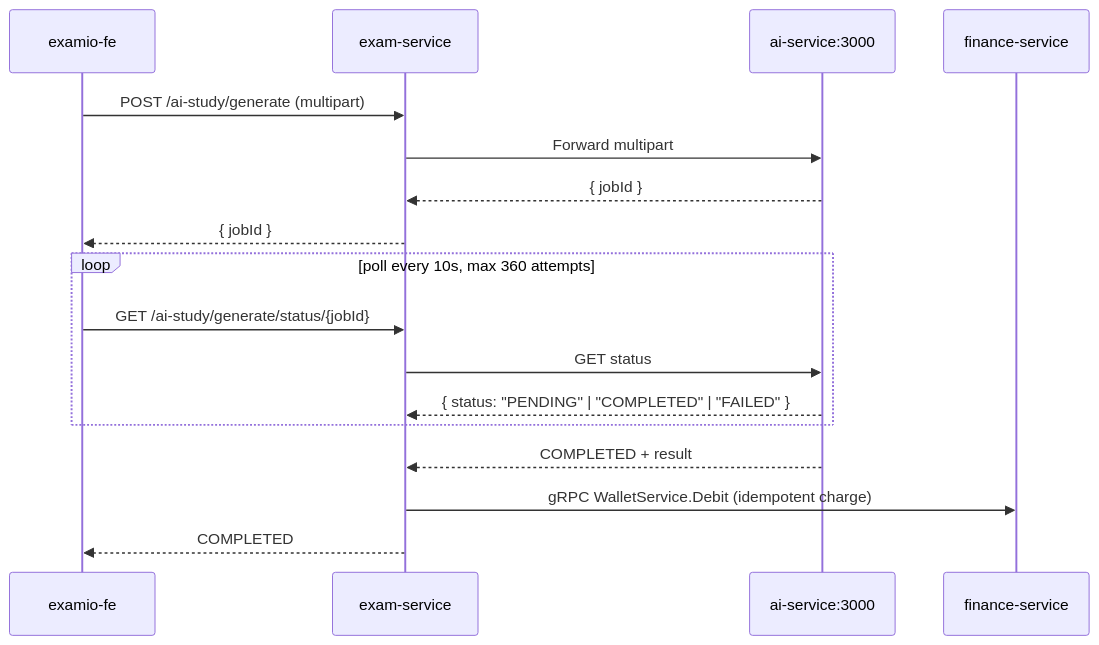
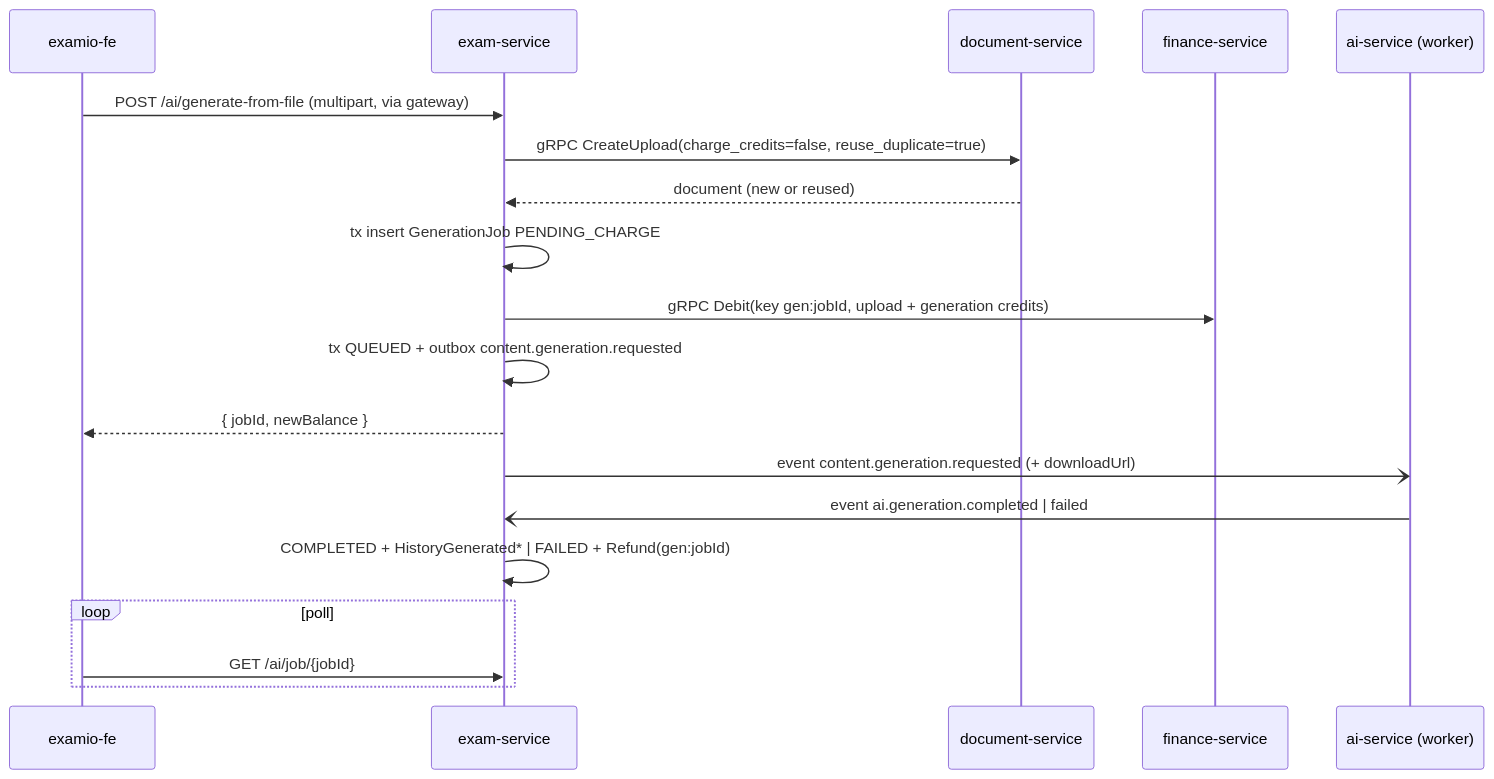
Before and after one commit to tgiap04/examio: the fifth of 9 diagrams in docs/system/architecture.md, drawn with Mermaid. The commit also changed other lines of this file and 15 other files, not shown here.

First line of the commit message:
docs: document the document service, ai schema and generation jobs

````diff
--- a/docs/system/architecture.md
+++ b/docs/system/architecture.md
@@ -256,19 +275,21 @@
 ```mermaid
 sequenceDiagram
     participant FE as examio-fe
     participant EX as exam-service
-    participant AI as ai-service:3000
+    participant DOC as document-service
     participant FIN as finance-service
-    FE->>EX: POST /ai-study/generate (multipart)
-    EX->>AI: Forward multipart
-    AI-->>EX: { jobId }
-    EX-->>FE: { jobId }
-    loop poll every 10s, max 360 attempts
-        FE->>EX: GET /ai-study/generate/status/{jobId}
-        EX->>AI: GET status
-        AI-->>EX: { status: "PENDING" | "COMPLETED" | "FAILED" }
+    participant AI as ai-service (worker)
+    FE->>EX: POST /ai/generate-from-file (multipart, via gateway)
+    EX->>DOC: gRPC CreateUpload(charge_credits=false, reuse_duplicate=true)
+    DOC-->>EX: document (new or reused)
+    EX->>EX: tx insert GenerationJob PENDING_CHARGE
+    EX->>FIN: gRPC Debit(key gen:jobId, upload + generation credits)
+    EX->>EX: tx QUEUED + outbox content.generation.requested
+    EX-->>FE: { jobId, newBalance }
+    EX-)AI: event content.generation.requested (+ downloadUrl)
+    AI-)EX: event ai.generation.completed | failed
+    EX->>EX: COMPLETED + HistoryGenerated* | FAILED + Refund(gen:jobId)
+    loop poll
+        FE->>EX: GET /ai/job/{jobId}
     end
-    AI-->>EX: COMPLETED + result
-    EX->>FIN: gRPC WalletService.Debit (idempotent charge)
-    EX-->>FE: COMPLETED
 ```
````
